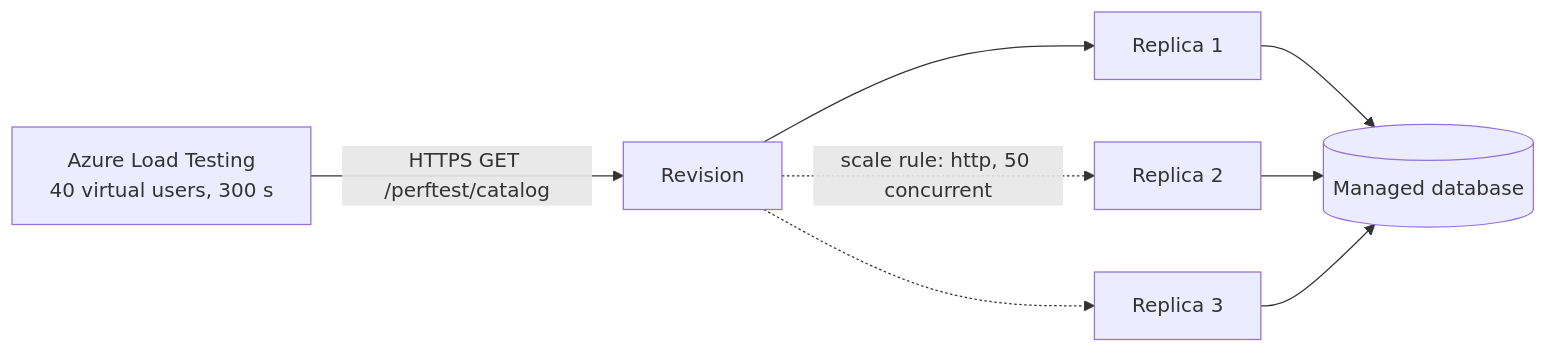
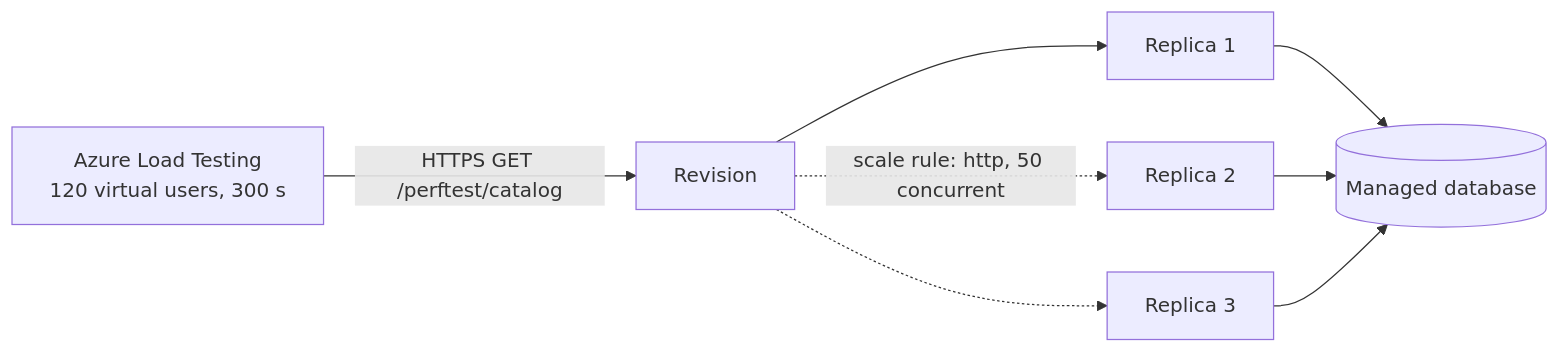
Before and after one commit to CZSK-MicroHacks/MicroHack-AppInnovation: the diagram in challenges/ch02/README.md, drawn with Mermaid. The commit also changed other lines of this file and 4 other files, not shown here.

````diff
--- a/challenges/ch02/README.md
+++ b/challenges/ch02/README.md
@@ -84,10 +84,10 @@
 ```mermaid
 flowchart LR
-    LT[Azure Load Testing<br/>40 virtual users, 300 s] -->|HTTPS GET /perftest/catalog| REV
+    LT[Azure Load Testing<br/>120 virtual users, 300 s] -->|HTTPS GET /perftest/catalog| REV
     REV[Revision] --> R1[Replica 1]
     REV -.scale rule: http, 50 concurrent.-> R2[Replica 2]
     REV -.-> R3[Replica 3]
     R1 --> DB[(Managed database)]
     R2 --> DB
     R3 --> DB
 ```
````
